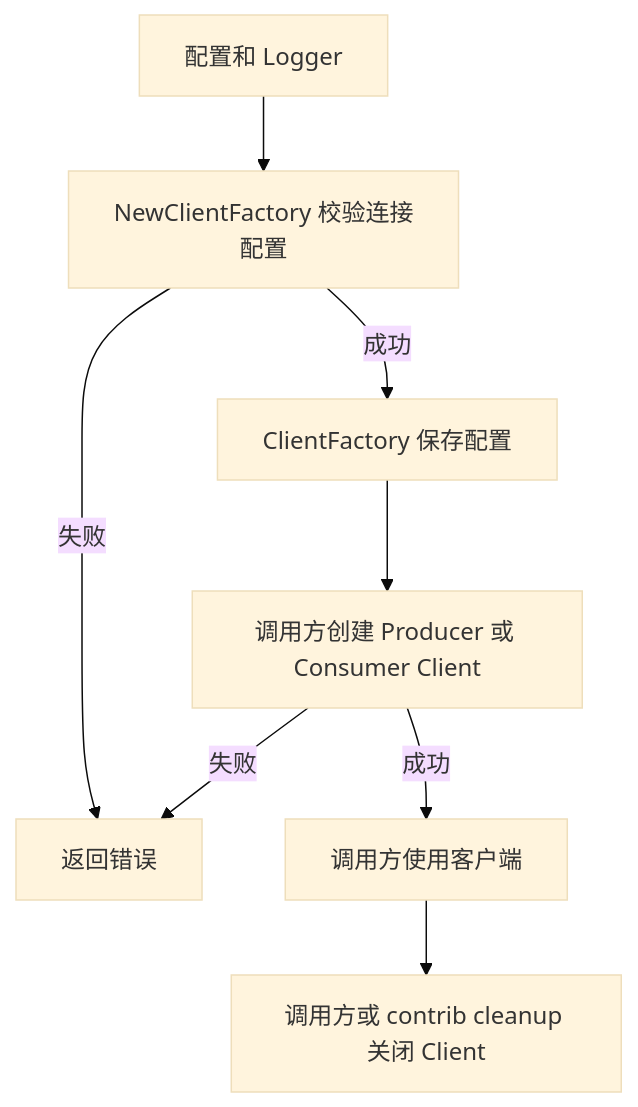
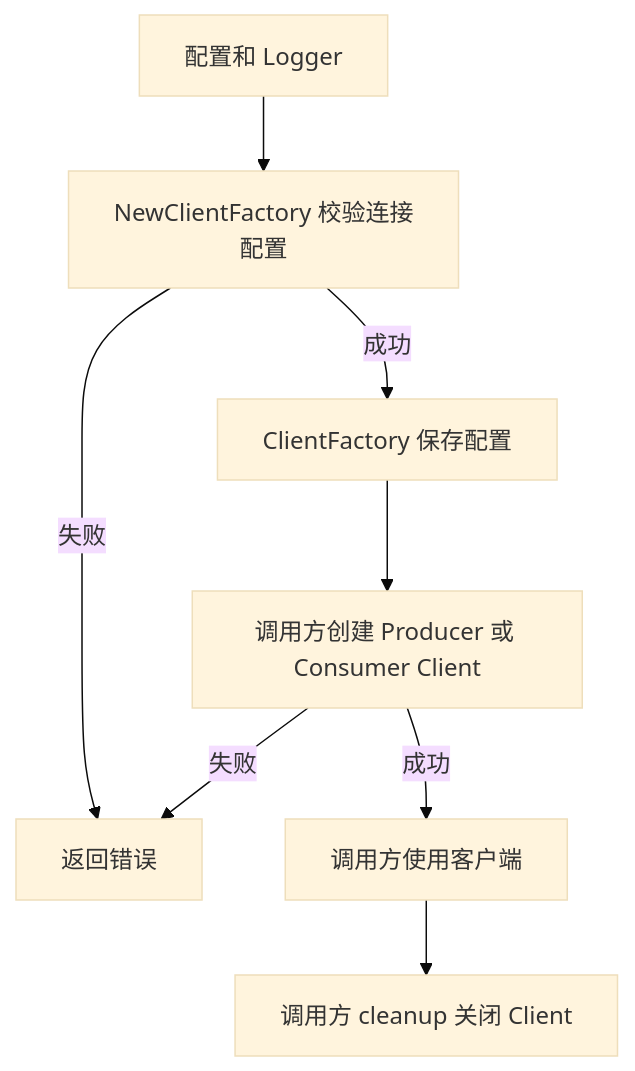
One commit to jaggerzhuang1994/kratos-foundation changed the first of 6 diagrams in pkg/kafka/README.md. Above: the diagram before and after it, drawn with Mermaid (base theme). The commit also changed other lines of this file and 229 other files, not shown here.

````diff
--- a/pkg/kafka/README.md
+++ b/pkg/kafka/README.md
@@ -34,10 +34,10 @@
 ```mermaid
 flowchart TD
     A[配置和 Logger] --> B[NewClientFactory 校验连接配置]
     B -->|失败| E[返回错误]
     B -->|成功| C[ClientFactory 保存配置]
     C --> D[调用方创建 Producer 或 Consumer Client]
     D -->|失败| E
     D -->|成功| F[调用方使用客户端]
-    F --> G[调用方或 contrib cleanup 关闭 Client]
+    F --> G[调用方 cleanup 关闭 Client]
 ```
````
